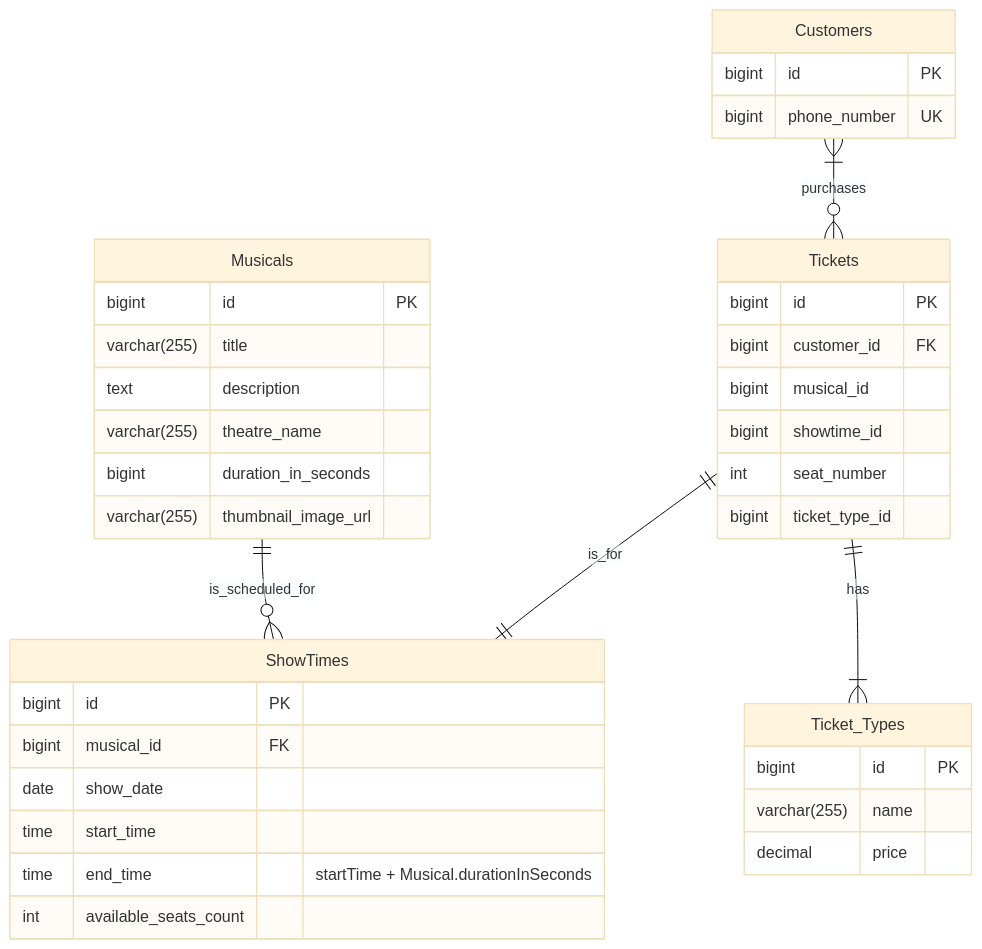
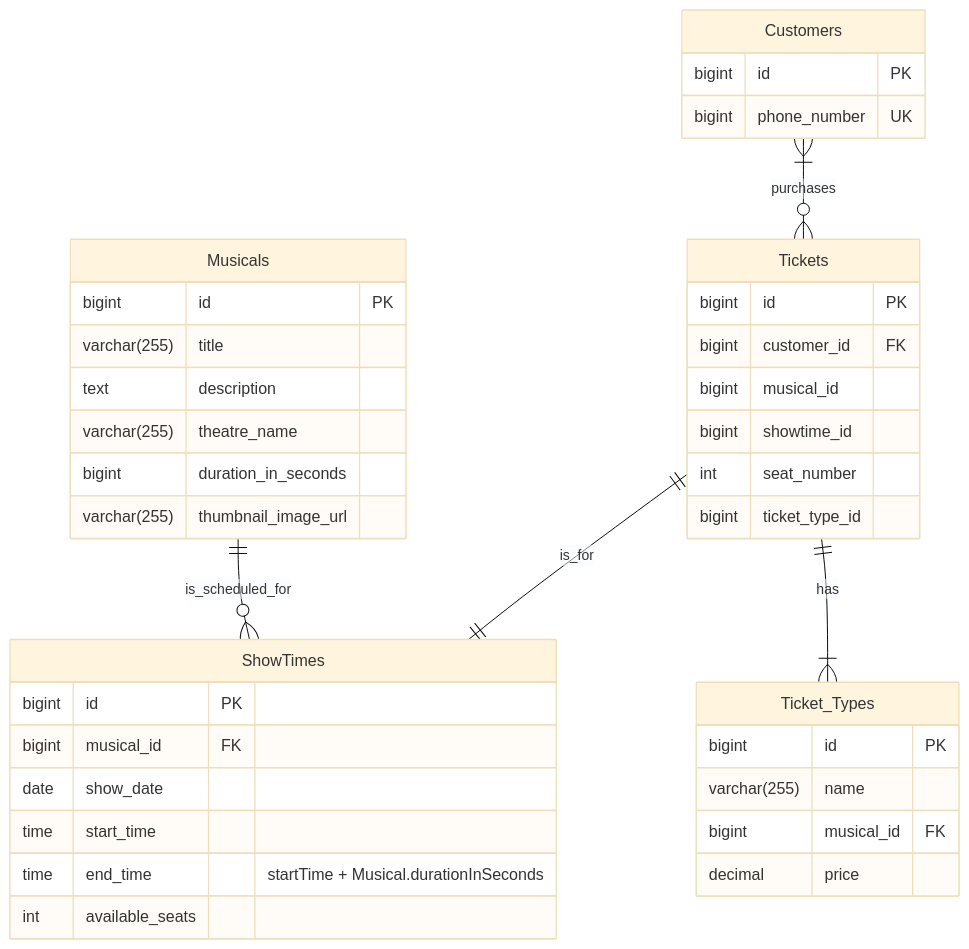
The diagram in diagrams/ER-Diagram.mermaid (Suranjan77/musical-ticketing-system), drawn with Mermaid (base theme) before and after one commit. The commit also changed 17 other files, not shown here.

```diff
--- a/diagrams/ER-Diagram.mermaid
+++ b/diagrams/ER-Diagram.mermaid
@@ -1,41 +1,42 @@
 
 erDiagram
     Customers {
         bigint id PK
         bigint phone_number UK
     }
     Musicals {
         bigint id PK
         varchar(255) title
         text description
         varchar(255) theatre_name
         bigint duration_in_seconds
         varchar(255) thumbnail_image_url
     }
     ShowTimes {
         bigint id PK
         bigint musical_id FK
         date show_date
         time start_time
         time end_time "startTime + Musical.durationInSeconds"
-        int available_seats_count
+        int available_seats
     }
     Ticket_Types {
         bigint id PK
         varchar(255) name
+        bigint musical_id FK
         decimal price
     }
     Tickets {
         bigint id PK
         bigint customer_id FK
         bigint musical_id
         bigint showtime_id
         int seat_number
         bigint ticket_type_id
     }
 
     Musicals ||--o{ ShowTimes : is_scheduled_for
 
     Customers }|--o{ Tickets : purchases
     Tickets ||--|| ShowTimes : is_for
     Tickets ||--|{ Ticket_Types : has
```
